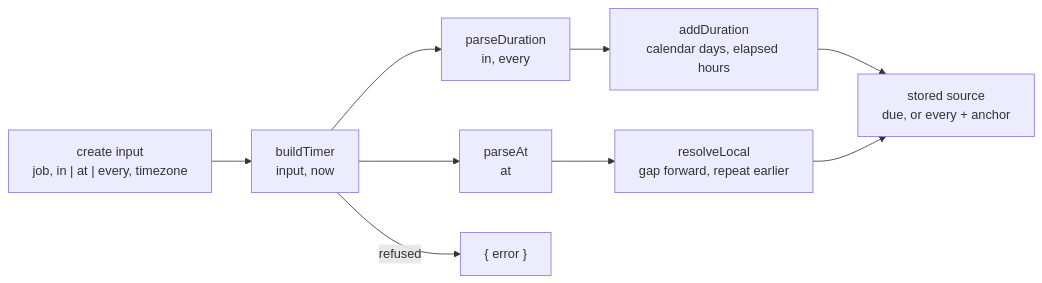
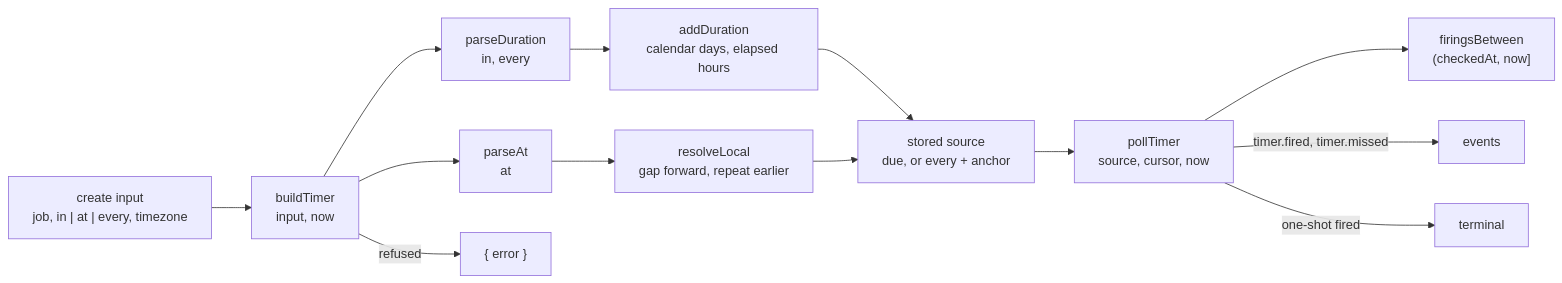
One commit to wrkhse/sourcefed changed the diagram in providers/timer/README.md. Above: the diagram before and after it, drawn with Mermaid. The commit also changed other lines of this file and 9 other files, not shown here.

First line of the commit message:
feat(timer): fire timers on poll, with restart and sleep proofs (#48)

````diff
--- a/providers/timer/README.md
+++ b/providers/timer/README.md
@@ -9,11 +11,15 @@
 ```mermaid
 flowchart LR
     Input["create input<br/>job, in | at | every, timezone"] --> Build["buildTimer<br/>input, now"]
     Build --> Duration["parseDuration<br/>in, every"]
     Build --> At["parseAt<br/>at"]
     Duration --> Zoned["addDuration<br/>calendar days, elapsed hours"]
     At --> Resolve["resolveLocal<br/>gap forward, repeat earlier"]
     Zoned --> Stored["stored source<br/>due, or every + anchor"]
     Resolve --> Stored
     Build -->|"refused"| Error["{ error }"]
+    Stored --> Poll["pollTimer<br/>source, cursor, now"]
+    Poll --> Firings["firingsBetween<br/>(checkedAt, now]"]
+    Poll -->|"timer.fired, timer.missed"| Events[events]
+    Poll -->|"one-shot fired"| Terminal["terminal"]
 ```
````
